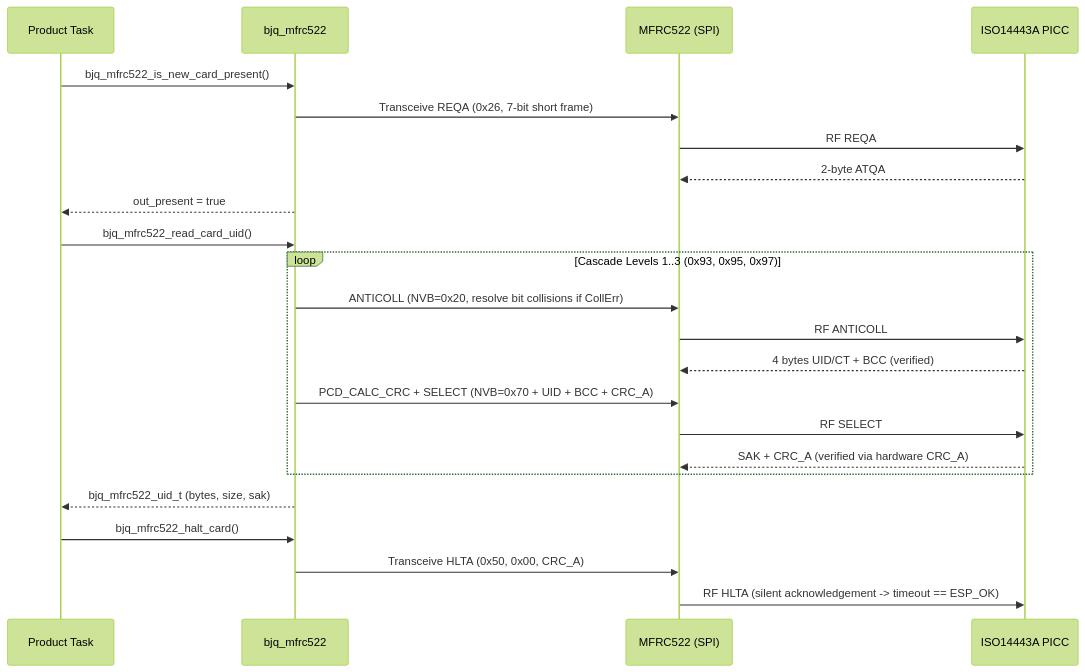
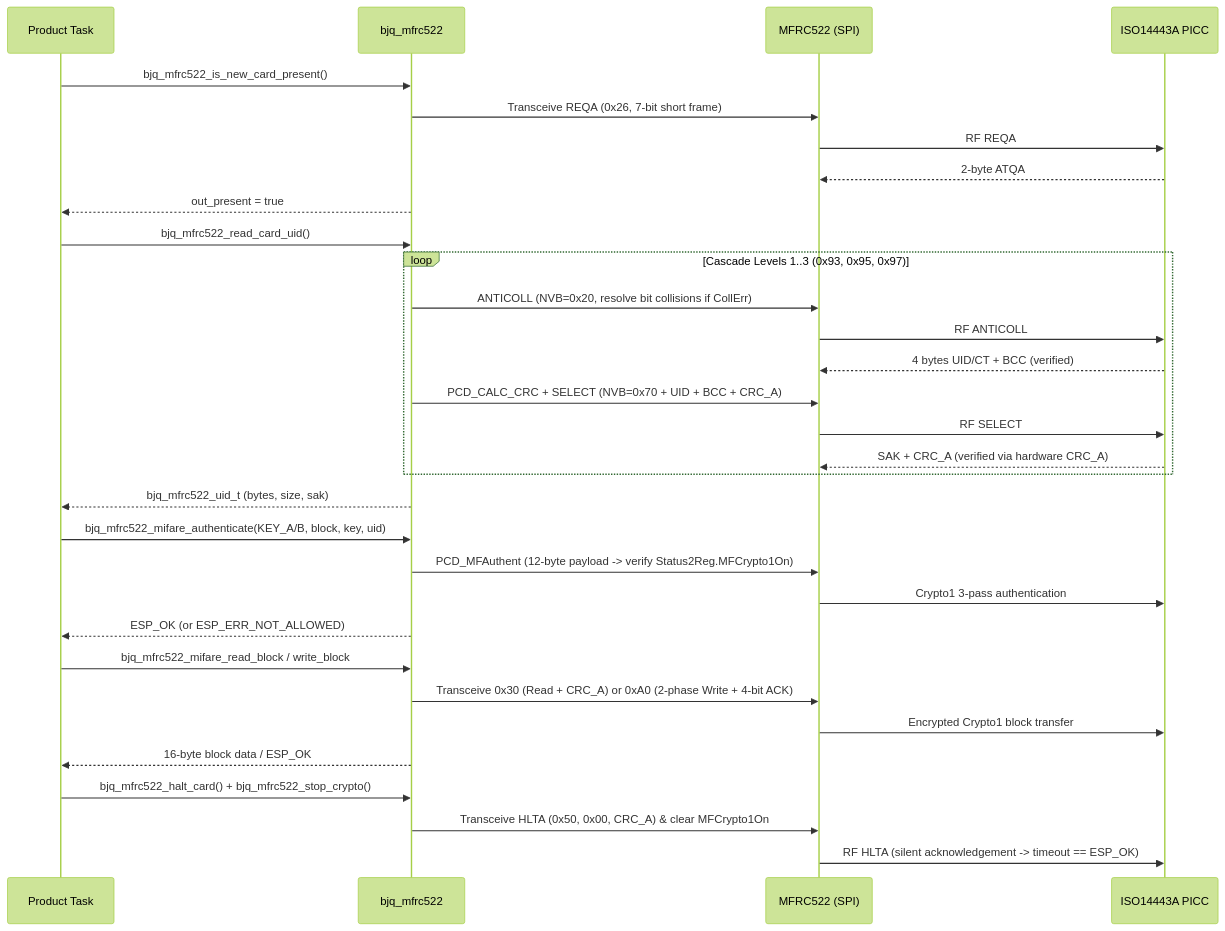
The second of 2 diagrams in drivers/bjq_mfrc522/docs/architecture.md (blankryan/bjq-esp-component), drawn with Mermaid (forest theme) before and after one commit. The commit also changed other lines of this file and 9 other files, not shown here.

Commit message:
feat(bjq_mfrc522): add MIFARE Classic Crypto1 auth and block read/write

````diff
--- a/drivers/bjq_mfrc522/docs/architecture.md
+++ b/drivers/bjq_mfrc522/docs/architecture.md
@@ -21,28 +21,38 @@
 ```mermaid
 sequenceDiagram
     participant App as Product Task
     participant Drv as bjq_mfrc522
     participant Chip as MFRC522 (SPI)
     participant Card as ISO14443A PICC
 
     App->>Drv: bjq_mfrc522_is_new_card_present()
     Drv->>Chip: Transceive REQA (0x26, 7-bit short frame)
     Chip->>Card: RF REQA
     Card-->>Chip: 2-byte ATQA
     Drv-->>App: out_present = true
 
     App->>Drv: bjq_mfrc522_read_card_uid()
     loop Cascade Levels 1..3 (0x93, 0x95, 0x97)
         Drv->>Chip: ANTICOLL (NVB=0x20, resolve bit collisions if CollErr)
         Chip->>Card: RF ANTICOLL
         Card-->>Chip: 4 bytes UID/CT + BCC (verified)
         Drv->>Chip: PCD_CALC_CRC + SELECT (NVB=0x70 + UID + BCC + CRC_A)
         Chip->>Card: RF SELECT
         Card-->>Chip: SAK + CRC_A (verified via hardware CRC_A)
     end
     Drv-->>App: bjq_mfrc522_uid_t (bytes, size, sak)
 
-    App->>Drv: bjq_mfrc522_halt_card()
-    Drv->>Chip: Transceive HLTA (0x50, 0x00, CRC_A)
+    App->>Drv: bjq_mfrc522_mifare_authenticate(KEY_A/B, block, key, uid)
+    Drv->>Chip: PCD_MFAuthent (12-byte payload -> verify Status2Reg.MFCrypto1On)
+    Chip->>Card: Crypto1 3-pass authentication
+    Drv-->>App: ESP_OK (or ESP_ERR_NOT_ALLOWED)
+
+    App->>Drv: bjq_mfrc522_mifare_read_block / write_block
+    Drv->>Chip: Transceive 0x30 (Read + CRC_A) or 0xA0 (2-phase Write + 4-bit ACK)
+    Chip->>Card: Encrypted Crypto1 block transfer
+    Drv-->>App: 16-byte block data / ESP_OK
+
+    App->>Drv: bjq_mfrc522_halt_card() + bjq_mfrc522_stop_crypto()
+    Drv->>Chip: Transceive HLTA (0x50, 0x00, CRC_A) & clear MFCrypto1On
     Chip->>Card: RF HLTA (silent acknowledgement -> timeout == ESP_OK)
 ```
````
